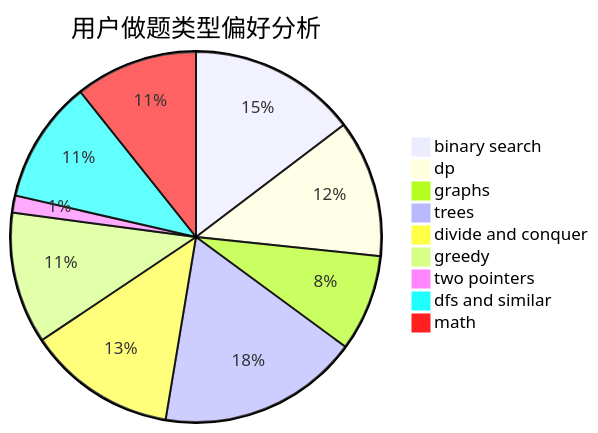
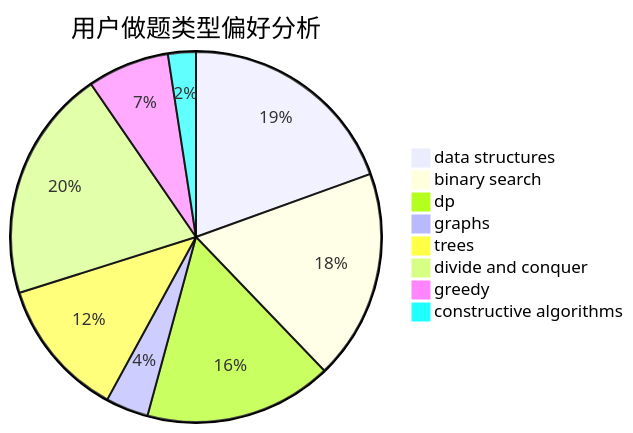
One commit to sherpahu/cfrs.github.io changed the second of 3 diagrams in docs/user/u384.md. Above: the diagram before and after it, drawn with Mermaid. The commit also changed other lines of this file and 2775 other files, not shown here.

````diff
--- a/docs/user/u384.md
+++ b/docs/user/u384.md
@@ -23,12 +23,11 @@
 ```mermaid
 pie title 用户做题类型偏好分析
-    "binary search" :  148
-    "dp" :  121
-    "graphs" :  85
-    "trees" :  177
-    "divide and conquer" :  131
-    "greedy" :  116
-    "two pointers" :  15
-    "dfs and similar" :  108
-    "math" :  108
+    "data structures" :  120
+    "binary search" :  113
+    "dp" :  101
+    "graphs" :  23
+    "trees" :  75
+    "divide and conquer" :  125
+    "greedy" :  44
+    "constructive algorithms" :  15
 ```
````
